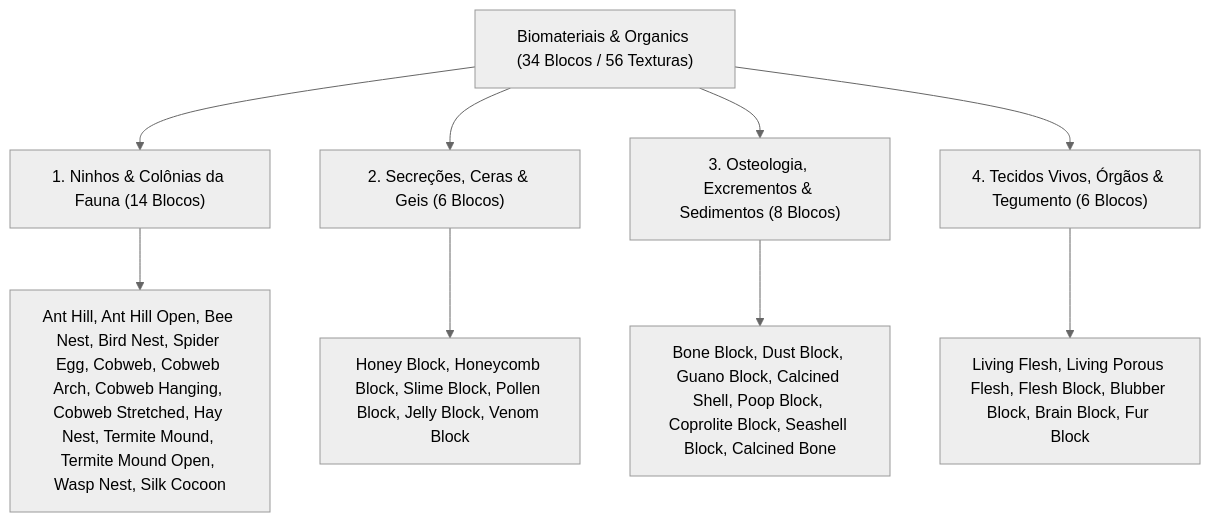
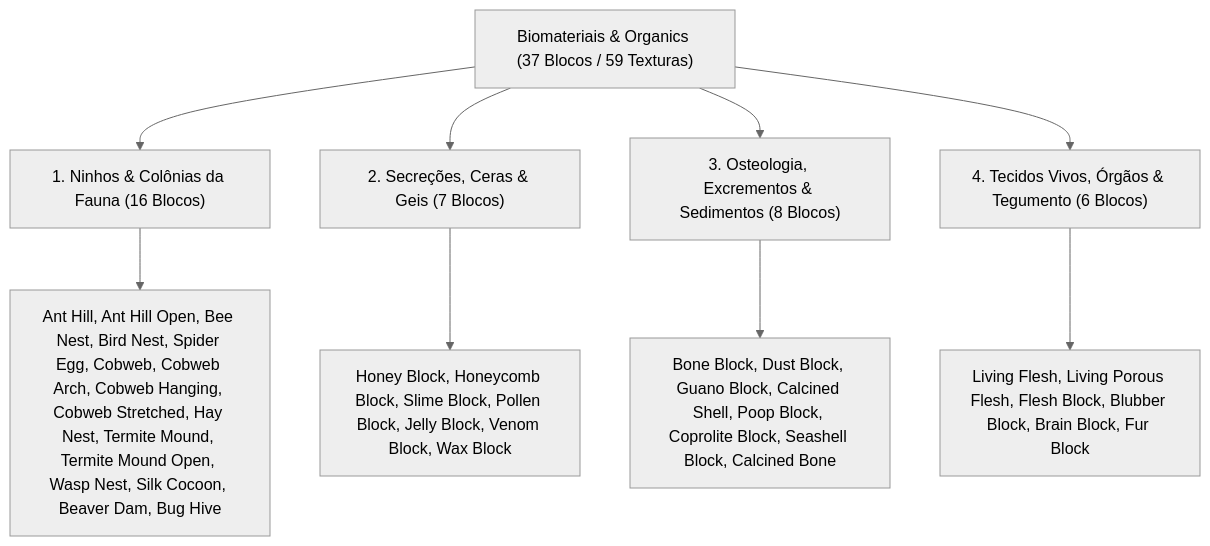
The diagram in docs/worldbuilding/organics_design.md (gabrtzweb/VoxelGameEngine), drawn with Mermaid (neutral theme) before and after one commit. The commit also changed other lines of this file and 272 other files, not shown here.

````diff
--- a/docs/worldbuilding/organics_design.md
+++ b/docs/worldbuilding/organics_design.md
@@ -12,12 +12,12 @@
 ```mermaid
 graph TD
-    O["Biomateriais & Organics (34 Blocos / 56 Texturas)"] --> C1["1. Ninhos & Colônias da Fauna (14 Blocos)"]
-    O --> C2["2. Secreções, Ceras & Geis (6 Blocos)"]
+    O["Biomateriais & Organics (37 Blocos / 59 Texturas)"] --> C1["1. Ninhos & Colônias da Fauna (16 Blocos)"]
+    O --> C2["2. Secreções, Ceras & Geis (7 Blocos)"]
     O --> C3["3. Osteologia, Excrementos & Sedimentos (8 Blocos)"]
     O --> C4["4. Tecidos Vivos, Órgãos & Tegumento (6 Blocos)"]
 
-    C1 --> C1a["Ant Hill, Ant Hill Open, Bee Nest, Bird Nest, Spider Egg, Cobweb, Cobweb Arch, Cobweb Hanging, Cobweb Stretched, Hay Nest, Termite Mound, Termite Mound Open, Wasp Nest, Silk Cocoon"]
-    C2 --> C2a["Honey Block, Honeycomb Block, Slime Block, Pollen Block, Jelly Block, Venom Block"]
+    C1 --> C1a["Ant Hill, Ant Hill Open, Bee Nest, Bird Nest, Spider Egg, Cobweb, Cobweb Arch, Cobweb Hanging, Cobweb Stretched, Hay Nest, Termite Mound, Termite Mound Open, Wasp Nest, Silk Cocoon, Beaver Dam, Bug Hive"]
+    C2 --> C2a["Honey Block, Honeycomb Block, Slime Block, Pollen Block, Jelly Block, Venom Block, Wax Block"]
     C3 --> C3a["Bone Block, Dust Block, Guano Block, Calcined Shell, Poop Block, Coprolite Block, Seashell Block, Calcined Bone"]
     C4 --> C4a["Living Flesh, Living Porous Flesh, Flesh Block, Blubber Block, Brain Block, Fur Block"]
 ```
````
